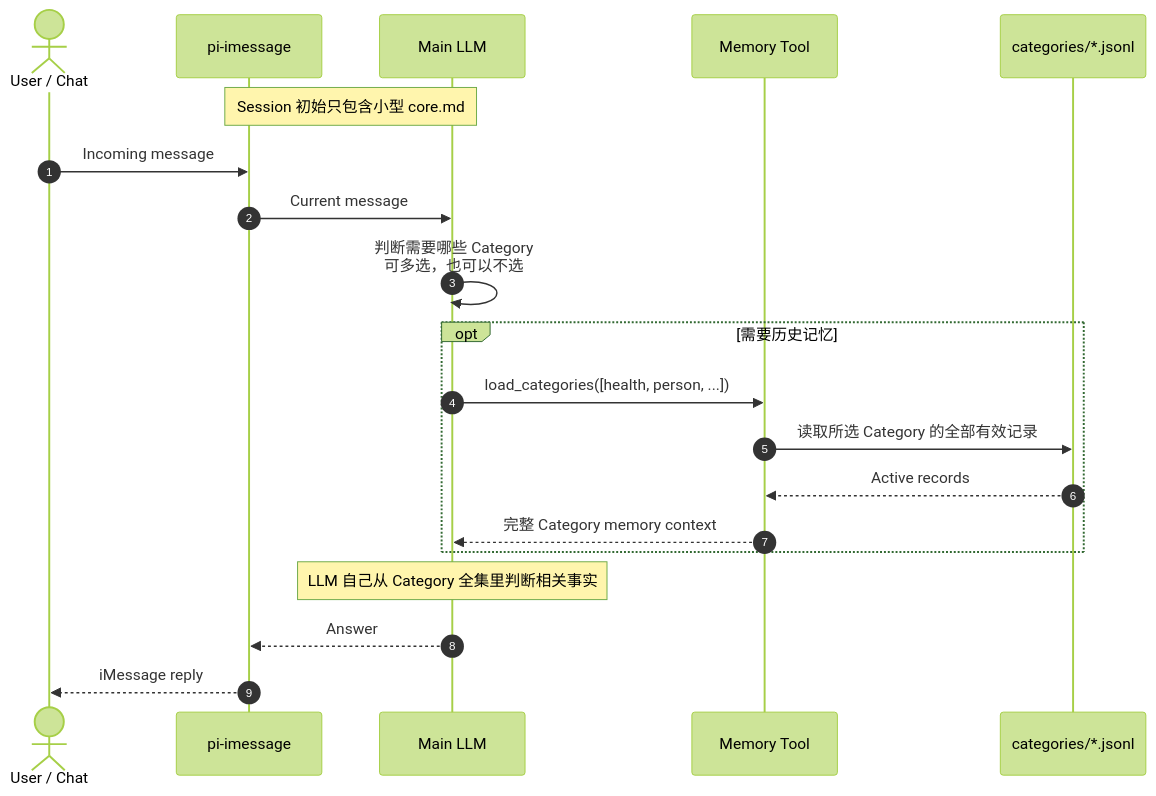
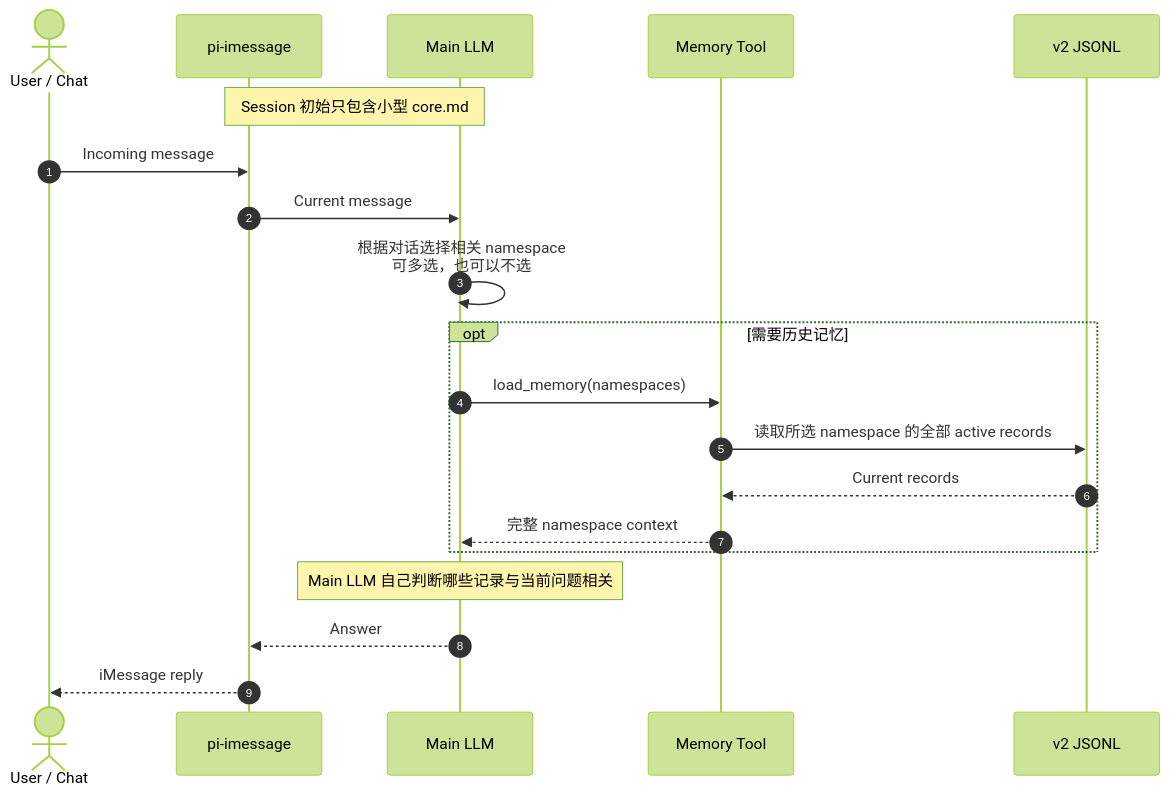
Before and after one commit to daya0576/pi-imessage: the second of 3 diagrams in docs/structured-memory-sequence.md, drawn with Mermaid (forest theme). The commit also changed other lines of this file, not shown here.

Commit message:
docs: add full legacy memory migration flow

````diff
--- a/docs/structured-memory-sequence.md
+++ b/docs/structured-memory-sequence.md
@@ -9,25 +48,25 @@
 ```mermaid
 sequenceDiagram
     autonumber
     actor U as User / Chat
     participant P as pi-imessage
     participant A as Main LLM
     participant M as Memory Tool
-    participant S as categories/*.jsonl
+    participant S as v2 JSONL
 
     Note over P,A: Session 初始只包含小型 core.md
     U->>P: Incoming message
     P->>A: Current message
-    A->>A: 判断需要哪些 Category<br/>可多选，也可以不选
+    A->>A: 根据对话选择相关 namespace<br/>可多选，也可以不选
 
     opt 需要历史记忆
-        A->>M: load_categories([health, person, ...])
-        M->>S: 读取所选 Category 的全部有效记录
-        S-->>M: Active records
-        M-->>A: 完整 Category memory context
+        A->>M: load_memory(namespaces)
+        M->>S: 读取所选 namespace 的全部 active records
+        S-->>M: Current records
+        M-->>A: 完整 namespace context
     end
 
-    Note over A: LLM 自己从 Category 全集里判断相关事实
+    Note over A: Main LLM 自己判断哪些记录与当前问题相关
     A-->>P: Answer
     P-->>U: iMessage reply
 ```
````
